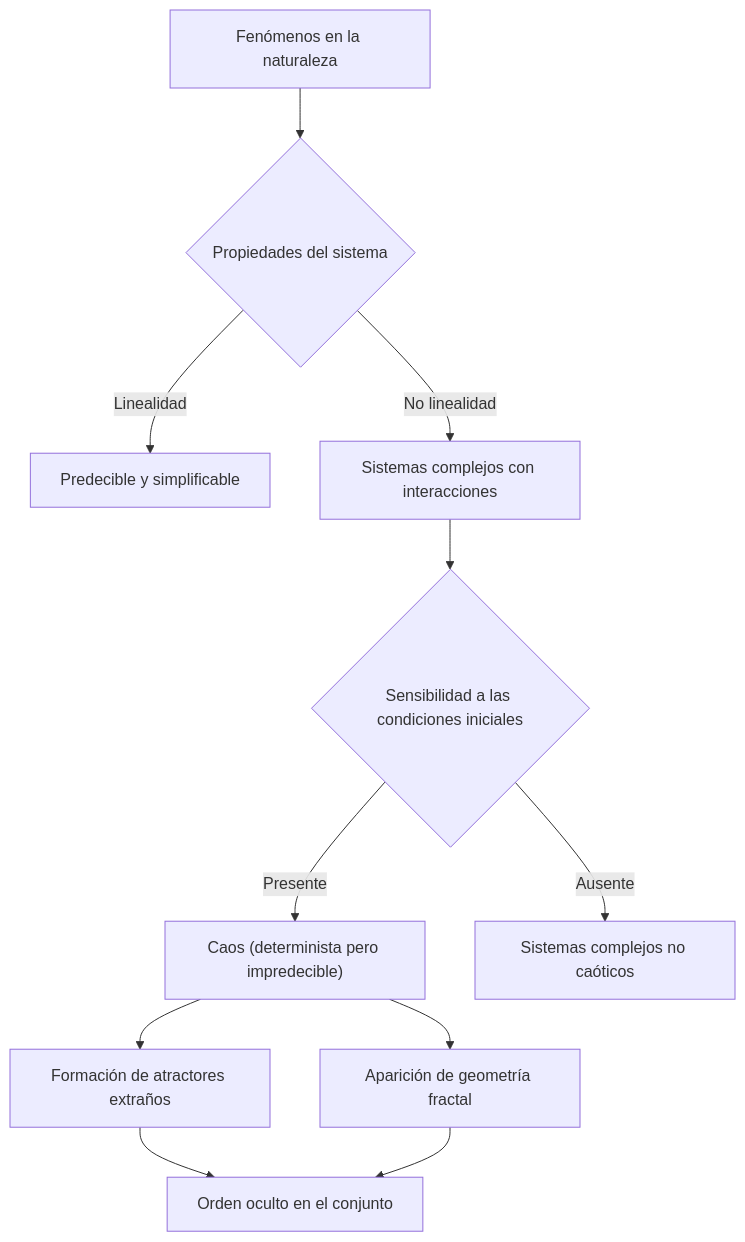
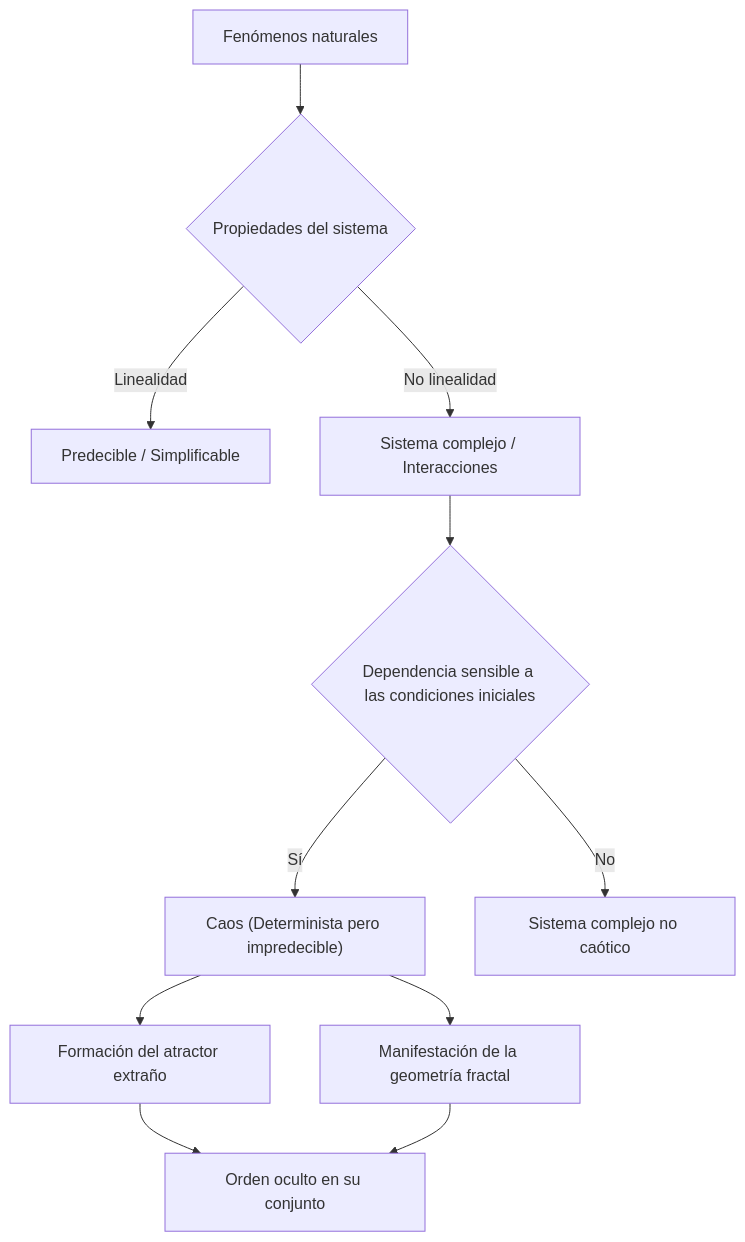
The second of 2 diagrams in content/post/chaos-theory/index.es.md (kenjinote/blog), drawn with Mermaid before and after one commit. The commit also changed other lines of this file and 97 other files, not shown here.

````diff
--- a/content/post/chaos-theory/index.es.md
+++ b/content/post/chaos-theory/index.es.md
@@ -201,13 +201,13 @@
 ```mermaid
 graph TD
-    A["Fenómenos en la naturaleza"] --> B{"Propiedades del sistema"}
-    B -->|"Linealidad"| C["Predecible y simplificable"]
-    B -->|"No linealidad"| D["Sistemas complejos con interacciones"]
-    D --> E{"Sensibilidad a las condiciones iniciales"}
-    E -->|"Presente"| F["Caos (determinista pero impredecible)"]
-    E -->|"Ausente"| G["Sistemas complejos no caóticos"]
-    F --> H["Formación de atractores extraños"]
-    F --> I["Aparición de geometría fractal"]
-    H --> J["Orden oculto en el conjunto"]
+    A["Fenómenos naturales"] --> B{"Propiedades del sistema"}
+    B -->|"Linealidad"| C["Predecible / Simplificable"]
+    B -->|"No linealidad"| D["Sistema complejo / Interacciones"]
+    D --> E{"Dependencia sensible a las condiciones iniciales"}
+    E -->|"Sí"| F["Caos (Determinista pero impredecible)"]
+    E -->|"No"| G["Sistema complejo no caótico"]
+    F --> H["Formación del atractor extraño"]
+    F --> I["Manifestación de la geometría fractal"]
+    H --> J["Orden oculto en su conjunto"]
     I --> J
 ```
````
